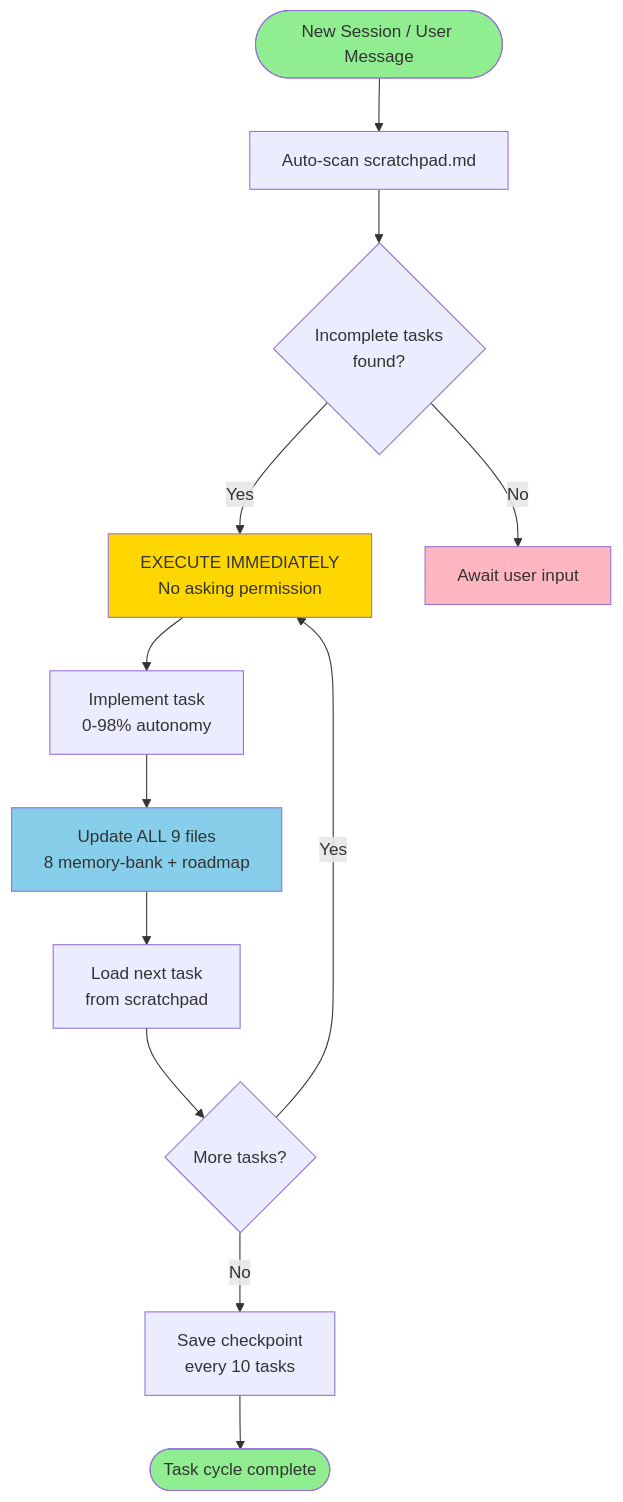
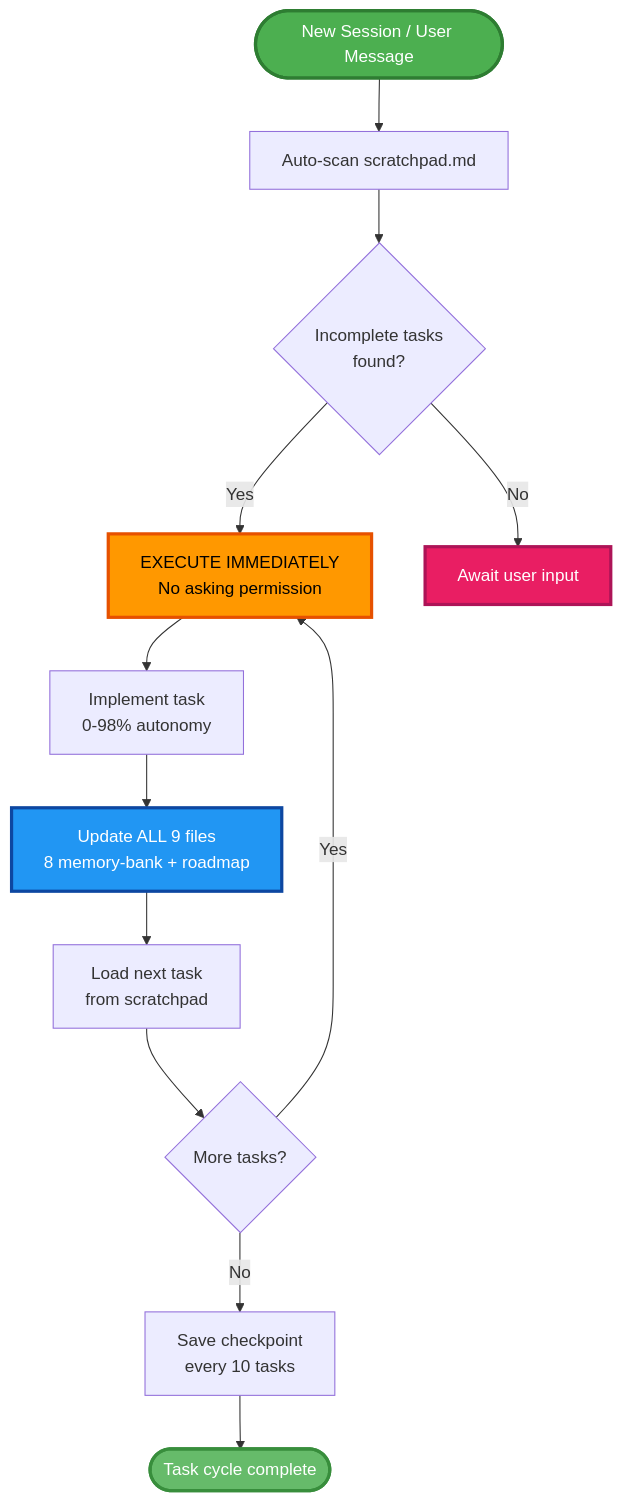
The diagram in TECHNICAL_ROADMAP.md (Gaurav-Wankhede/AegisIDE), drawn with Mermaid before and after one commit. The commit also changed 1 other file, not shown here.

Commit message:
Update mermaid diagram colors for dark/light theme compatibility
Colors now optimized for visibility in both themes:
- Green (#4CAF50): Start/Complete states
- Orange (#FF9800): Execute/Consensus (high visibility)
- Blue (#2196F3): Update/PR states
- Pink (#E91E63): Wait/Revise states

Added stroke borders and appropriate text colors for better contrast

````diff
--- a/TECHNICAL_ROADMAP.md
+++ b/TECHNICAL_ROADMAP.md
@@ -9,22 +9,22 @@
 ```mermaid
 flowchart TD
     Start([New Session / User Message]) --> Scan[Auto-scan scratchpad.md]
     Scan --> Check{Incomplete tasks<br/>found?}
     Check -->|Yes| Execute[EXECUTE IMMEDIATELY<br/>No asking permission]
     Check -->|No| Wait[Await user input]
     
     Execute --> Implement[Implement task<br/>0-98% autonomy]
     Implement --> Update[Update ALL 9 files<br/>8 memory-bank + roadmap]
     Update --> Next[Load next task<br/>from scratchpad]
     Next --> AutoContinue{More tasks?}
     
     AutoContinue -->|Yes| Execute
     AutoContinue -->|No| Checkpoint[Save checkpoint<br/>every 10 tasks]
     Checkpoint --> Complete([Task cycle complete])
     
-    style Start fill:#90EE90
-    style Execute fill:#FFD700
-    style Update fill:#87CEEB
-    style Complete fill:#90EE90
-    style Wait fill:#FFB6C1
+    style Start fill:#4CAF50,stroke:#2E7D32,stroke-width:3px,color:#fff
+    style Execute fill:#FF9800,stroke:#E65100,stroke-width:3px,color:#000
+    style Update fill:#2196F3,stroke:#0D47A1,stroke-width:3px,color:#fff
+    style Complete fill:#66BB6A,stroke:#388E3C,stroke-width:3px,color:#fff
+    style Wait fill:#E91E63,stroke:#AD1457,stroke-width:3px,color:#fff
 ```
````
